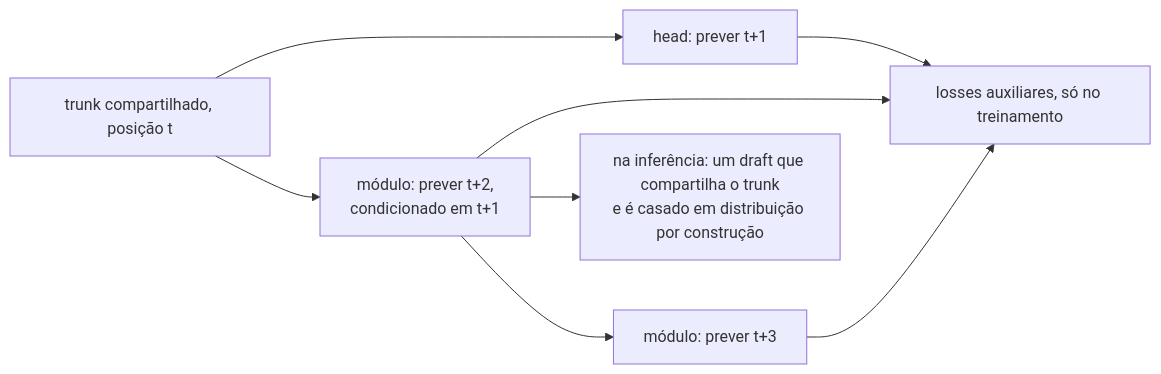
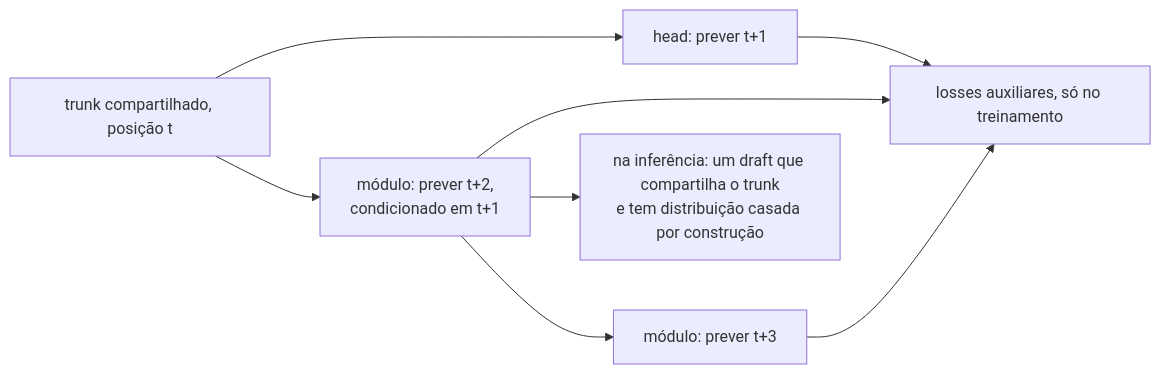
One commit to andrevberaldo/AI-Engineer-Interview-Questions changed diagram 25 of 34 in 02-llm-fundamentals/questions.pt-BR.md. Above: the diagram before and after it, drawn with Mermaid. The commit also changed other lines of this file and 1 other file, not shown here.

````diff
--- a/02-llm-fundamentals/questions.pt-BR.md
+++ b/02-llm-fundamentals/questions.pt-BR.md
@@ -1114,10 +1114,10 @@
 ```mermaid
 flowchart LR
     TR["trunk compartilhado, posição t"] --> H1["head: prever t+1"]
     TR --> H2["módulo: prever t+2,<br/>condicionado em t+1"]
     H2 --> H3["módulo: prever t+3"]
     H1 --> LOSS["losses auxiliares, só no treinamento"]
     H2 --> LOSS
     H3 --> LOSS
-    H2 --> SD["na inferência: um draft que compartilha o trunk<br/>e é casado em distribuição por construção"]
+    H2 --> SD["na inferência: um draft que compartilha o trunk<br/>e tem distribuição casada por construção"]
 ```
````
